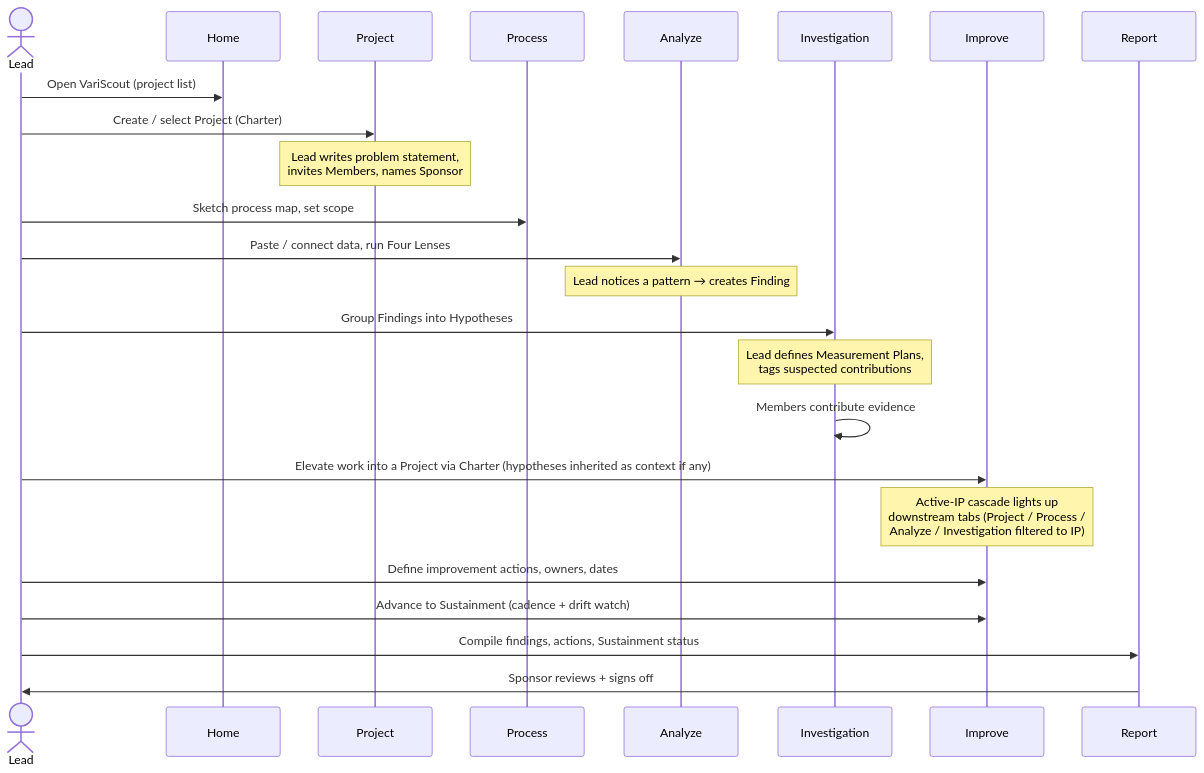
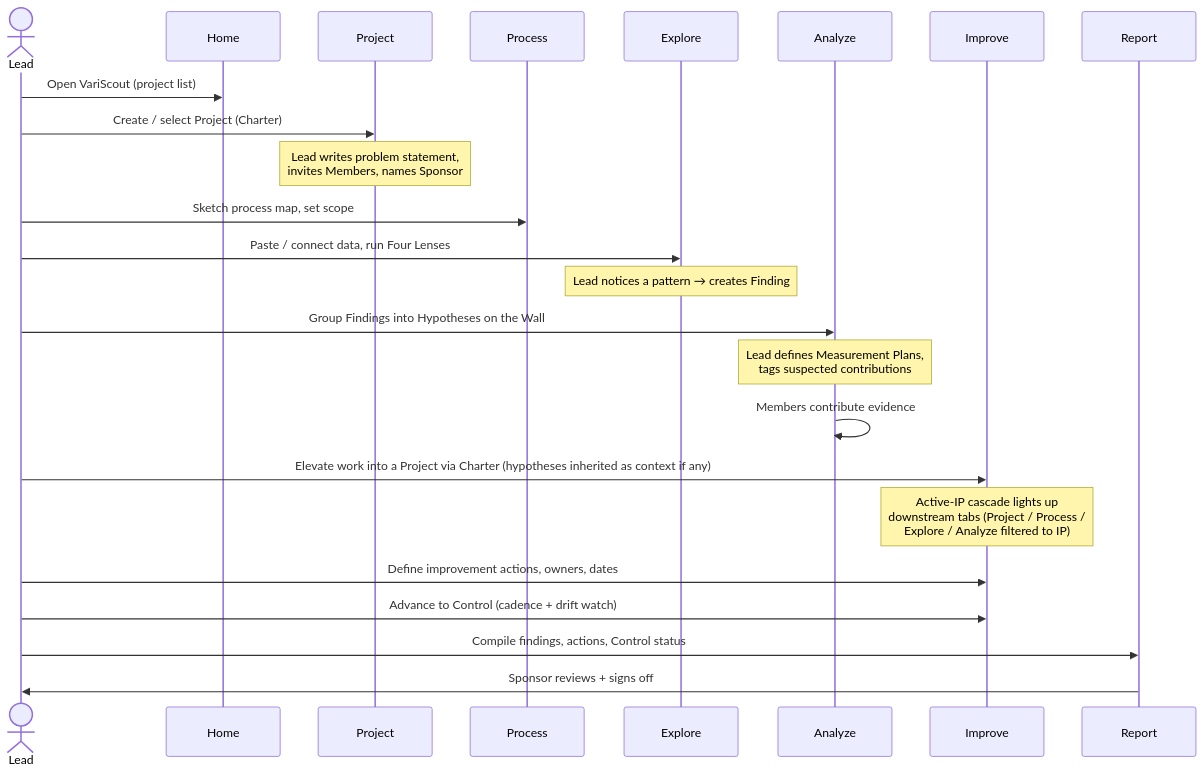
The diagram in docs/02-journeys/personas/lead.md (jukka-matti/variscout), drawn with Mermaid before and after one commit. The commit also changed other lines of this file and 18 other files, not shown here.

````diff
--- a/docs/02-journeys/personas/lead.md
+++ b/docs/02-journeys/personas/lead.md
@@ -35,27 +35,27 @@
 ```mermaid
 sequenceDiagram
     actor Lead
     participant Home as Home
     participant Project as Project
     participant Process as Process
+    participant Explore as Explore
     participant Analyze as Analyze
-    participant Investigation as Investigation
     participant Improve as Improve
     participant Report as Report
 
     Lead->>Home: Open VariScout (project list)
     Lead->>Project: Create / select Project (Charter)
     Note over Project: Lead writes problem statement,<br/>invites Members, names Sponsor
     Lead->>Process: Sketch process map, set scope
-    Lead->>Analyze: Paste / connect data, run Four Lenses
-    Note over Analyze: Lead notices a pattern → creates Finding
-    Lead->>Investigation: Group Findings into Hypotheses
-    Note over Investigation: Lead defines Measurement Plans,<br/>tags suspected contributions
-    Investigation->>Investigation: Members contribute evidence
+    Lead->>Explore: Paste / connect data, run Four Lenses
+    Note over Explore: Lead notices a pattern → creates Finding
+    Lead->>Analyze: Group Findings into Hypotheses on the Wall
+    Note over Analyze: Lead defines Measurement Plans,<br/>tags suspected contributions
+    Analyze->>Analyze: Members contribute evidence
     Lead->>Improve: Elevate work into a Project via Charter (hypotheses inherited as context if any)
-    Note over Improve: Active-IP cascade lights up<br/>downstream tabs (Project / Process /<br/>Analyze / Investigation filtered to IP)
+    Note over Improve: Active-IP cascade lights up<br/>downstream tabs (Project / Process /<br/>Explore / Analyze filtered to IP)
     Lead->>Improve: Define improvement actions, owners, dates
-    Lead->>Improve: Advance to Sustainment (cadence + drift watch)
-    Lead->>Report: Compile findings, actions, Sustainment status
+    Lead->>Improve: Advance to Control (cadence + drift watch)
+    Lead->>Report: Compile findings, actions, Control status
     Report->>Lead: Sponsor reviews + signs off
 ```
````
